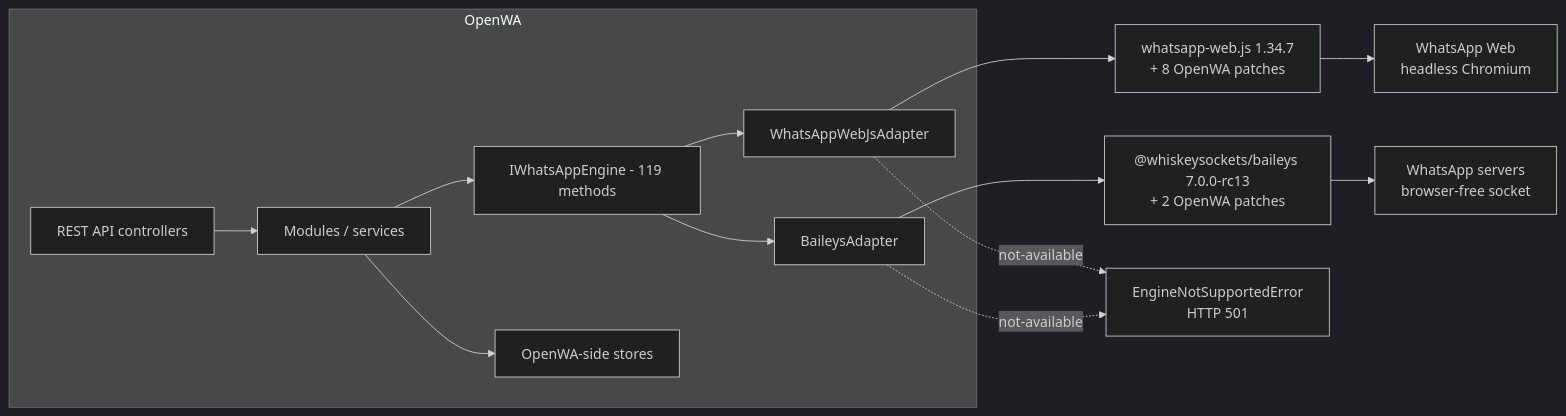
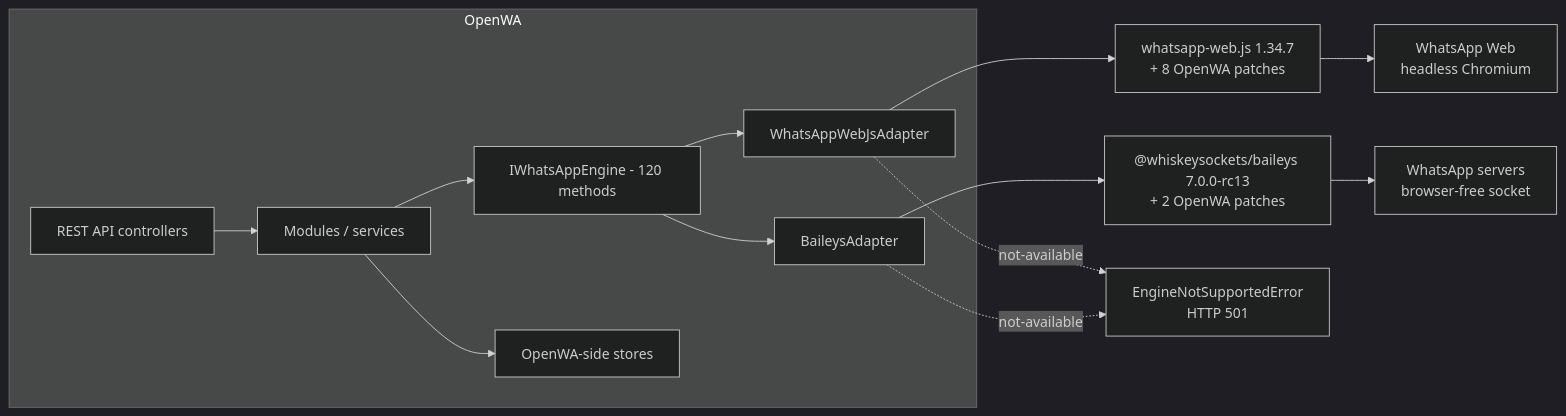
The first of 2 diagrams in docs/29-engine-capability-matrix.md (purnamcommunity/OpenWA), drawn with Mermaid (dark theme) before and after one commit. The commit also changed other lines of this file and 11 other files, not shown here.

````diff
--- a/docs/29-engine-capability-matrix.md
+++ b/docs/29-engine-capability-matrix.md
@@ -43,16 +43,16 @@
 ```mermaid
 flowchart LR
     subgraph OpenWA["OpenWA"]
         API["REST API controllers"] --> SVC["Modules / services"]
-        SVC --> IF["IWhatsAppEngine - 119 methods"]
+        SVC --> IF["IWhatsAppEngine - 120 methods"]
         IF --> WA["WhatsAppWebJsAdapter"]
         IF --> BA["BaileysAdapter"]
         SVC --> STORE["OpenWA-side stores"]
     end
     WA --> WLIB["whatsapp-web.js 1.34.7<br/>+ 8 OpenWA patches"]
     BA --> BLIB["@whiskeysockets/baileys 7.0.0-rc13<br/>+ 2 OpenWA patches"]
     WLIB --> WEB["WhatsApp Web<br/>headless Chromium"]
     BLIB --> WAS["WhatsApp servers<br/>browser-free socket"]
     WA -.->|"not-available"| E["EngineNotSupportedError<br/>HTTP 501"]
     BA -.->|"not-available"| E
 ```
````
